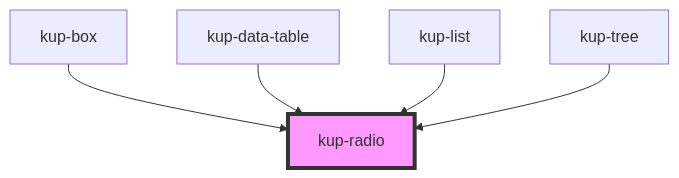
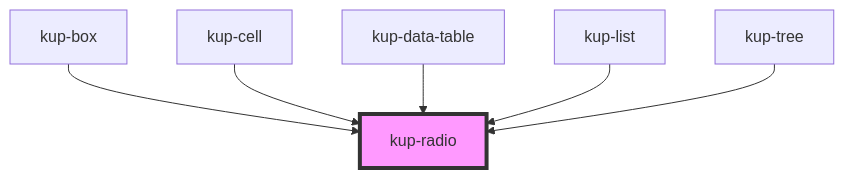
The diagram in packages/ketchup/src/components/kup-radio/readme.md (smeup/ketchup), drawn with Mermaid before and after one commit. The commit also changed other lines of this file and 12 other files, not shown here.

````diff
--- a/packages/ketchup/src/components/kup-radio/readme.md
+++ b/packages/ketchup/src/components/kup-radio/readme.md
@@ -82,8 +83,9 @@
 ```mermaid
 graph TD;
   kup-box --> kup-radio
+  kup-cell --> kup-radio
   kup-data-table --> kup-radio
   kup-list --> kup-radio
   kup-tree --> kup-radio
   style kup-radio fill:#f9f,stroke:#333,stroke-width:4px
 ```
````
